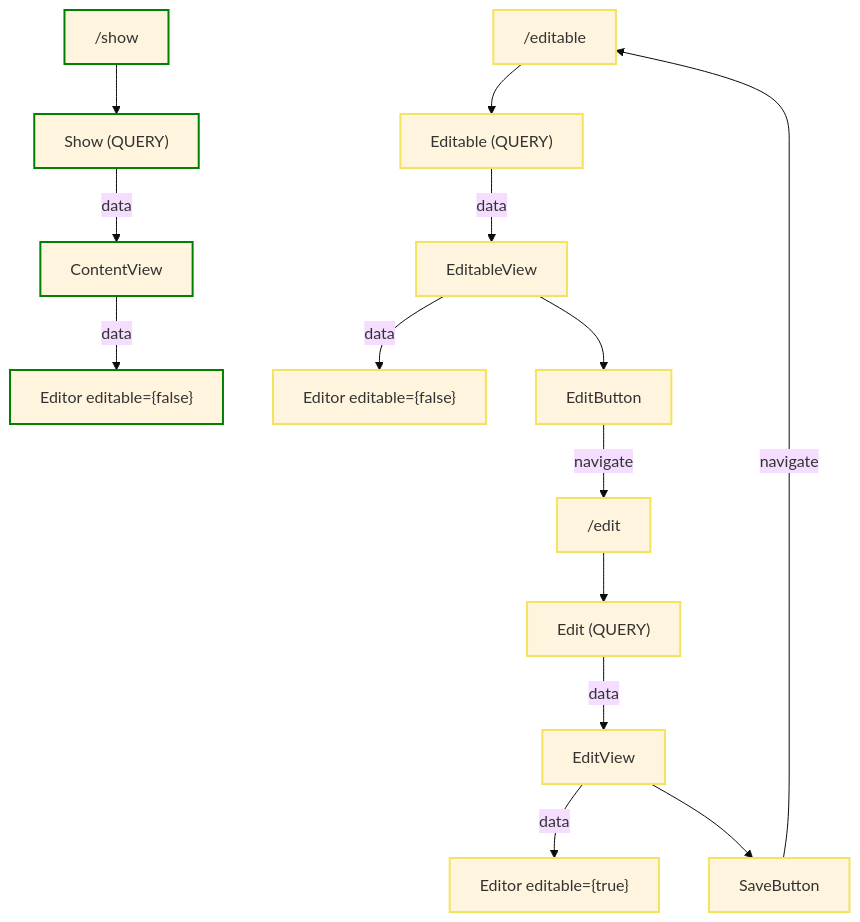
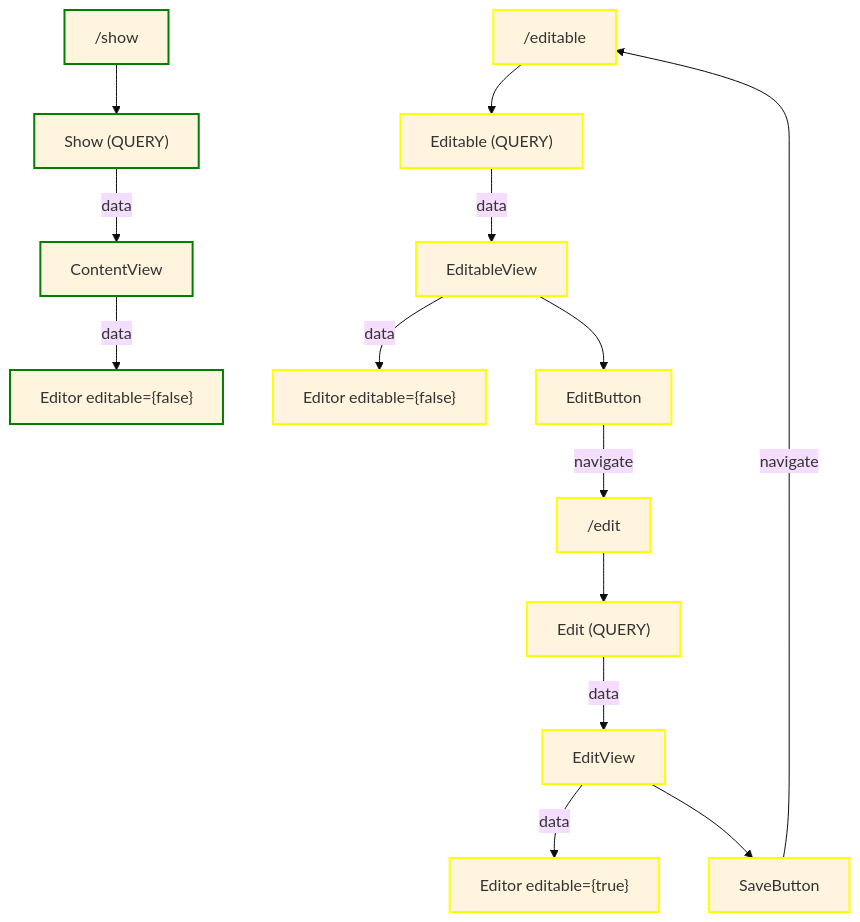
One commit to dictyBase/frontendx changed the diagram in apps/dicty-frontpage/docs/EditableContentFlow.md. Above: the diagram before and after it, drawn with Mermaid (base theme).

Commit message:
chore(docs): update stroke color for authorizedUser class in EditableContentFlow.md
The stroke color for the authorizedUser class in the EditableContentFlow.md file has been changed from #f3e35d to yellow. This change improves the visual representation of the authorizedUser class in the diagram.

````diff
--- a/apps/dicty-frontpage/docs/EditableContentFlow.md
+++ b/apps/dicty-frontpage/docs/EditableContentFlow.md
@@ -6,32 +6,32 @@
 ```mermaid
 flowchart TD
 
 A["/show"]
 B["Show (QUERY)"]
 C[ContentView]
 D["Editor editable={false}"]
 
 A --> B -->|data| C -->|data| D
 
 A2["/editable"]
 B2["Editable (QUERY)"]
 C2[EditableView]
 D2["Editor editable={false}"]
 E2["EditButton"]
 F2["/edit"]
 G2["Edit (QUERY)"]
 H2[EditView]
 I2["Editor editable={true}"]
 J2["SaveButton"]
 
 A2 --> B2 -->|data| C2
 C2 -->|data| D2
 C2 --> E2 -->|navigate| F2 --> G2 -->|data|H2 -->|data|I2
 H2 --> J2 -->|navigate| A2
 
 classDef regularUser stroke:green,stroke-width:2px
-classDef authorizedUser stroke:#f3e35d,stroke-width:2px
+classDef authorizedUser stroke:yellow,stroke-width:2px
 
 class A,B,C,D regularUser
 class A2,B2,C2,D2,E2,F2,G2,H2,I2,J2 authorizedUser
 ```
````
